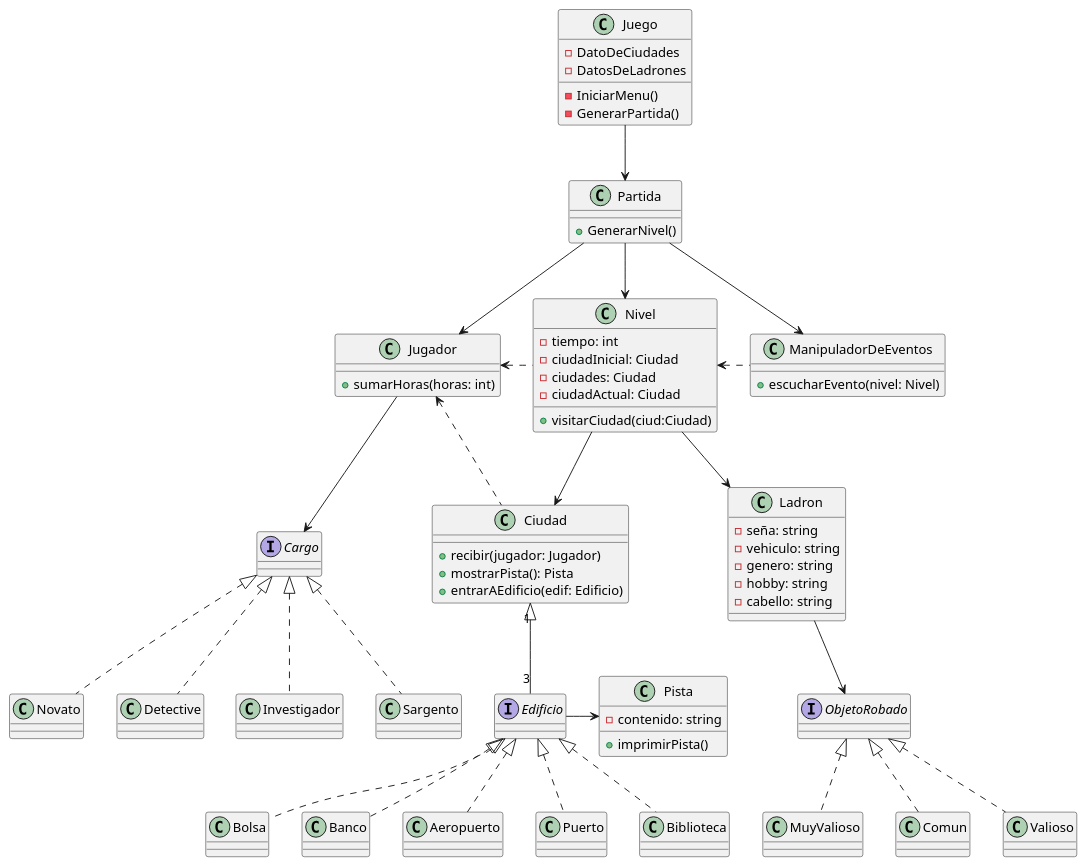
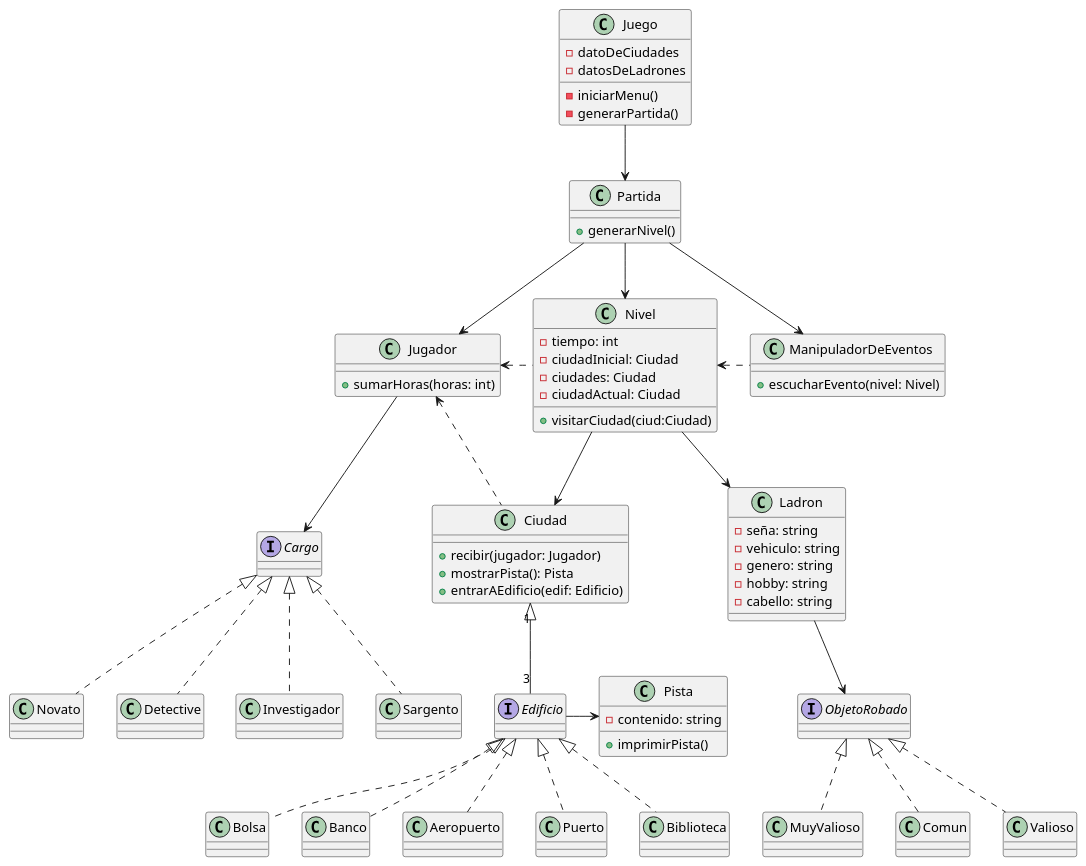
Before and after one commit to arilow/Algo3_TP2: the diagram in diagrams/classes/AlgoThief_Diagrama_Clase_UML.puml, drawn with PlantUML.

Commit message:
Actualizacion de Diagrama de clases

```diff
--- a/diagrams/classes/AlgoThief_Diagrama_Clase_UML.puml
+++ b/diagrams/classes/AlgoThief_Diagrama_Clase_UML.puml
@@ -1,112 +1,112 @@
 @startuml algoThief
 class Juego {
-    - DatoDeCiudades
-    - DatosDeLadrones
+    - datoDeCiudades
+    - datosDeLadrones
 
-    - IniciarMenu()
-    - GenerarPartida()
+    - iniciarMenu()
+    - generarPartida()
 
 }
 
 class Partida {
     ' - jugador: Jugador
     ' - ladron: Ladron
-    + GenerarNivel()
+    + generarNivel()
 }
 
 class Nivel {
     ' A futuro podria ser una fecha (date)
     - tiempo: int
     - ciudadInicial: Ciudad
     - ciudades: Ciudad
     - ciudadActual: Ciudad
 
     + visitarCiudad(ciud:Ciudad)
 
 }
 
 class ManipuladorDeEventos {
     + escucharEvento(nivel: Nivel)
 }
 
 class Jugador {
     + sumarHoras(horas: int)
 }
 
 class Ciudad {
     + recibir(jugador: Jugador)
     + mostrarPista(): Pista
     + entrarAEdificio(edif: Edificio)
 }
 
 interface Cargo{}
 class Novato{}
 class Detective{}
 class Investigador{}
 class Sargento{}
 
 class Pista{
     - contenido: string
     ' + mostrarGraficos()
      + imprimirPista()
 }
 
 class Aeropuerto{}
 class Puerto{}
 class Biblioteca{}
 class Bolsa{}
 class Banco{}
 
 class Ladron{
   - seña: string
   - vehiculo: string
   - genero: string
   - hobby: string
   - cabello: string
 }
 
 interface ObjetoRobado{}
 class Comun{}
 class Valioso{}
 class MuyValioso{}
 
 interface Edificio {
 }
 
 Jugador --> Cargo
 
 Cargo <|.. Novato
 Cargo <|.. Detective
 Cargo <|.. Investigador
 Cargo <|.. Sargento
 
 Ciudad "1" <|-- "3" Edificio
 Edificio <|.. Aeropuerto
 Edificio <|.. Puerto
 Edificio <|.. Biblioteca
 Edificio <|.. Bolsa
 Edificio <|.. Banco
 
 Edificio -> Pista
 
 ObjetoRobado <|.. Comun
 ObjetoRobado <|.. Valioso
 ObjetoRobado <|.. MuyValioso
 
 Juego --> Partida
 
 Partida --> ManipuladorDeEventos
 Partida --> Jugador
 Partida --> Nivel
 
 Nivel --> Ciudad
 Nivel --> Ladron
 Nivel <. ManipuladorDeEventos
 
 
 Jugador <. Nivel
 Jugador <. Ciudad
 
 Ladron --> ObjetoRobado
 
 @enduml
```
